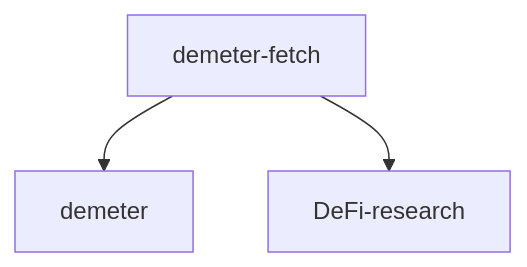
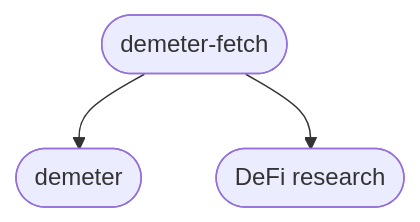
The first of 2 diagrams in README.md (zelos-alpha/demeter-fetch), drawn with Mermaid before and after one commit. The commit also changed other lines of this file and 4 other files, not shown here.

````diff
--- a/README.md
+++ b/README.md
@@ -6,5 +6,5 @@
 ```mermaid
 graph TD;
-   demeter-fetch --> demeter;
-   demeter-fetch --> DeFi-research;
+   demeter-fetch([demeter-fetch]) --> demeter([demeter]);
+   demeter-fetch --> DeFi-research([DeFi research]);
 ```
````
